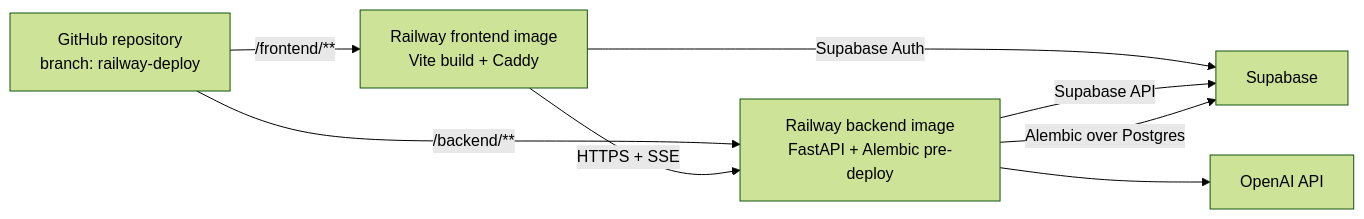
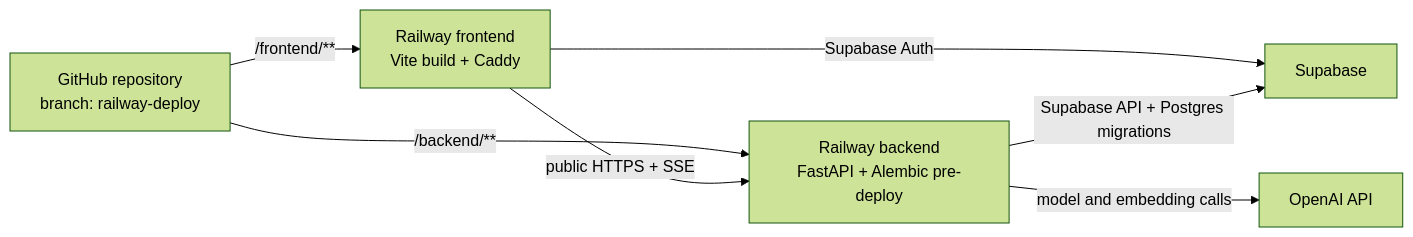
One commit to nicola-battoia/investment-research-agent changed the diagram in docs/guides/railway-deployment-plan.md. Above: the diagram before and after it, drawn with Mermaid (forest theme). The commit also changed other lines of this file and 1 other file, not shown here.

Commit message:
-updated railway docs for future reference -pending: more concise logs for deployed app

````diff
--- a/docs/guides/railway-deployment-plan.md
+++ b/docs/guides/railway-deployment-plan.md
@@ -15,10 +29,9 @@
 ```mermaid
 flowchart LR
-    GH["GitHub repository\nbranch: railway-deploy"] -->|"/backend/**"| BE["Railway backend image\nFastAPI + Alembic pre-deploy"]
-    GH -->|"/frontend/**"| FE["Railway frontend image\nVite build + Caddy"]
-    FE -->|"HTTPS + SSE"| BE
+    GH["GitHub repository\nbranch: railway-deploy"] -->|"/backend/**"| BE["Railway backend\nFastAPI + Alembic pre-deploy"]
+    GH -->|"/frontend/**"| FE["Railway frontend\nVite build + Caddy"]
+    FE -->|"public HTTPS + SSE"| BE
     FE -->|"Supabase Auth"| SB["Supabase"]
-    BE -->|"Supabase API"| SB
-    BE -->|"Alembic over Postgres"| SB
-    BE --> OA["OpenAI API"]
+    BE -->|"Supabase API + Postgres migrations"| SB
+    BE -->|"model and embedding calls"| OA["OpenAI API"]
 ```
````
